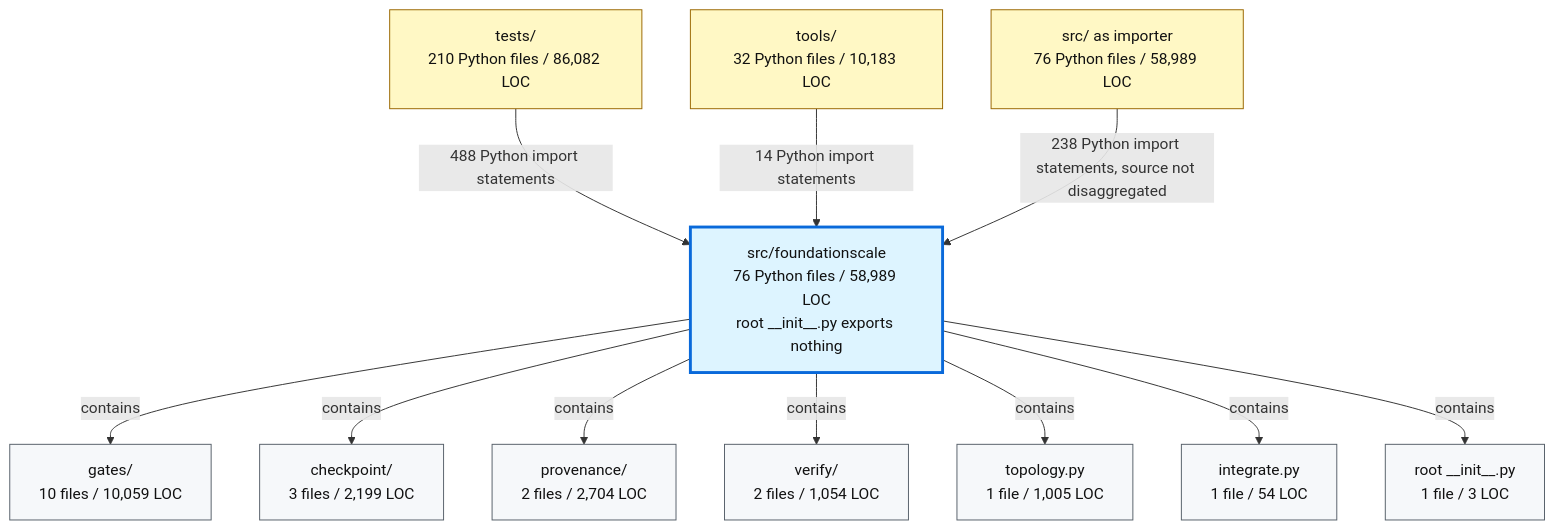
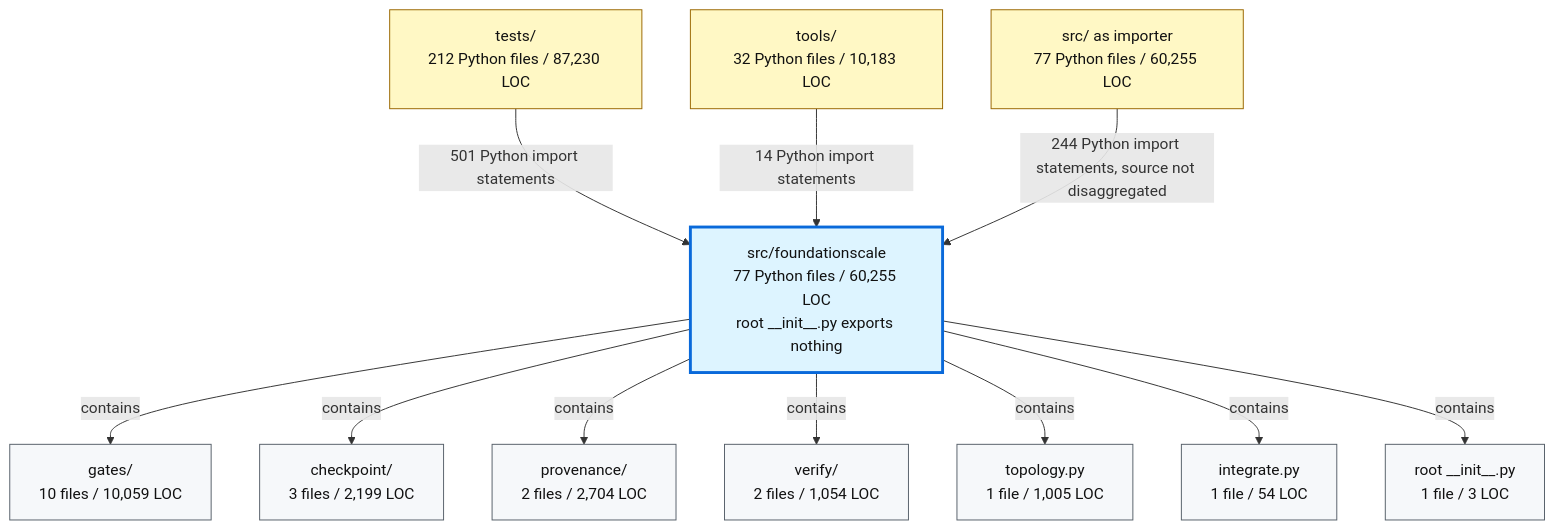
Before and after one commit to TranNhiem/FoundationScale: the second of 2 diagrams in docs/review/D2_current_architecture.md, drawn with Mermaid. The commit also changed other lines of this file and 14 other files, not shown here.

````diff
--- a/docs/review/D2_current_architecture.md
+++ b/docs/review/D2_current_architecture.md
@@ -97,36 +97,36 @@
 ```mermaid
 flowchart TB
-  TESTS["tests/<br/>210 Python files / 86,082 LOC"]
+  TESTS["tests/<br/>212 Python files / 87,230 LOC"]
   TOOLS["tools/<br/>32 Python files / 10,183 LOC"]
-  SRC["src/ as importer<br/>76 Python files / 58,989 LOC"]
+  SRC["src/ as importer<br/>77 Python files / 60,255 LOC"]
 
-  FS["src/foundationscale<br/>76 Python files / 58,989 LOC<br/>root __init__.py exports nothing"]
+  FS["src/foundationscale<br/>77 Python files / 60,255 LOC<br/>root __init__.py exports nothing"]
 
   GATES["gates/<br/>10 files / 10,059 LOC"]
   CKPT["checkpoint/<br/>3 files / 2,199 LOC"]
   PROV["provenance/<br/>2 files / 2,704 LOC"]
   VERIFY["verify/<br/>2 files / 1,054 LOC"]
   TOPO["topology.py<br/>1 file / 1,005 LOC"]
   INTEG["integrate.py<br/>1 file / 54 LOC"]
   ROOT["root __init__.py<br/>1 file / 3 LOC"]
 
-  TESTS -->|"488 Python import statements"| FS
+  TESTS -->|"501 Python import statements"| FS
   TOOLS -->|"14 Python import statements"| FS
-  SRC -->|"238 Python import statements, source not disaggregated"| FS
+  SRC -->|"244 Python import statements, source not disaggregated"| FS
 
   FS -->|"contains"| GATES
   FS -->|"contains"| CKPT
   FS -->|"contains"| PROV
   FS -->|"contains"| VERIFY
   FS -->|"contains"| TOPO
   FS -->|"contains"| INTEG
   FS -->|"contains"| ROOT
 
   classDef consumer fill:#fff8c5,stroke:#9a6700,color:#111;
   classDef package fill:#ddf4ff,stroke:#0969da,stroke-width:3px,color:#111;
   classDef module fill:#f6f8fa,stroke:#57606a,color:#111;
 
   class TESTS,TOOLS,SRC consumer;
   class FS package;
   class GATES,CKPT,PROV,VERIFY,TOPO,INTEG,ROOT module;
 ```
````
